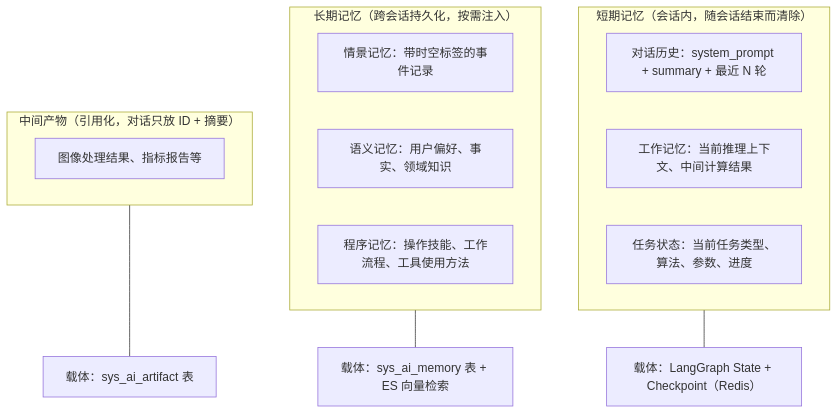
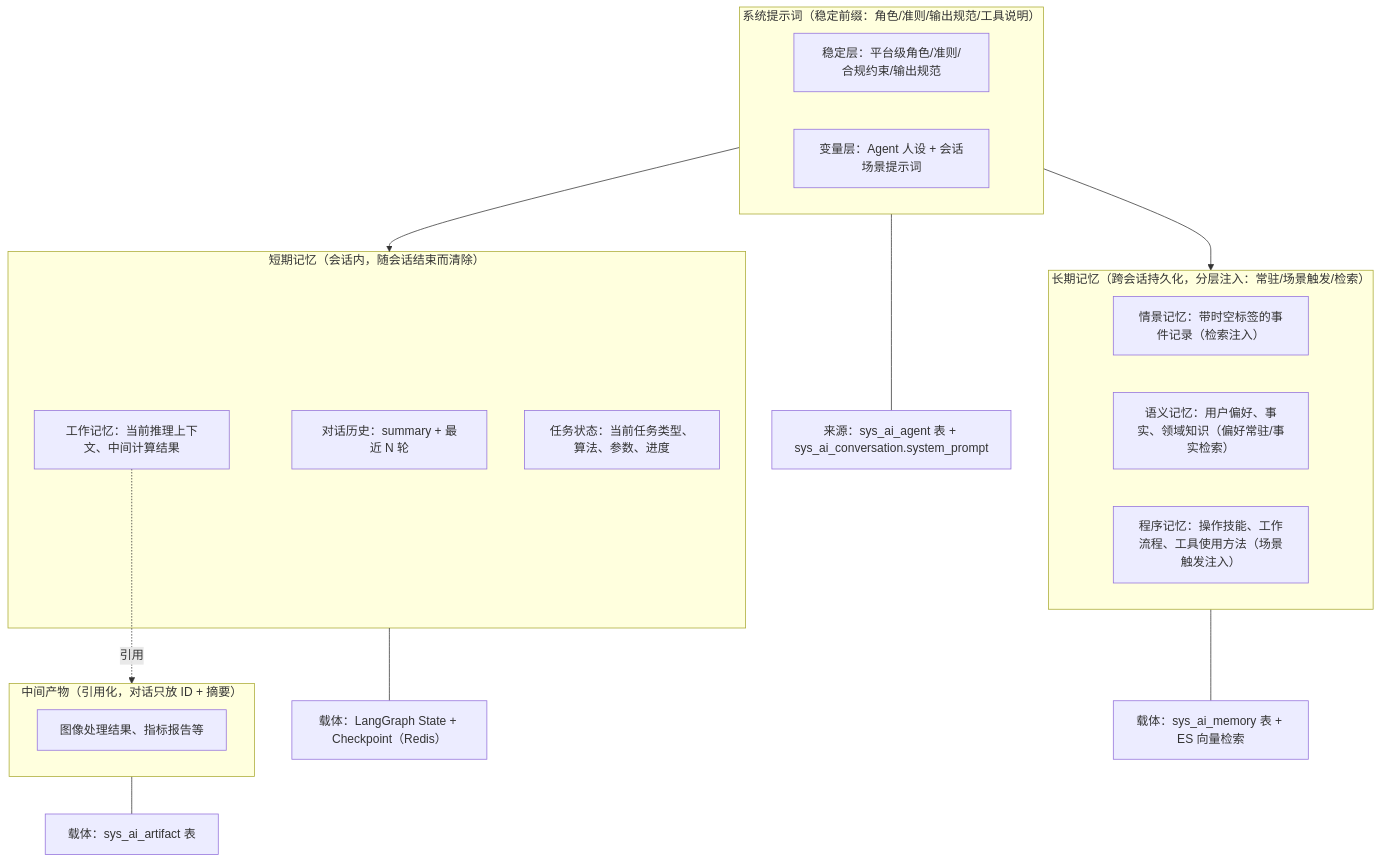
One commit to earthy-zinc/dehaze-system changed the diagram in dehaze-doc/docs/03-模块设计/核心模块/AI对话/后端实现-上下文管理.md. Above: the diagram before and after it, drawn with Mermaid. The commit also changed other lines of this file and 126 other files, not shown here.

````diff
--- a/dehaze-doc/docs/03-模块设计/核心模块/AI对话/后端实现-上下文管理.md
+++ b/dehaze-doc/docs/03-模块设计/核心模块/AI对话/后端实现-上下文管理.md
@@ -40,19 +78,27 @@
 ```mermaid
 flowchart TD
+    subgraph S0["系统提示词（稳定前缀：角色/准则/输出规范/工具说明）"]
+        D1["稳定层：平台级角色/准则/合规约束/输出规范"]
+        D2["变量层：Agent 人设 + 会话场景提示词"]
+    end
+    S0 --- D0["来源：sys_ai_agent 表 + sys_ai_conversation.system_prompt"]
+    S0 --> S1
+    S0 --> S2
     subgraph S1["短期记忆（会话内，随会话结束而清除）"]
-        A1["对话历史：system_prompt + summary + 最近 N 轮"]
+        A1["对话历史：summary + 最近 N 轮"]
         A2["工作记忆：当前推理上下文、中间计算结果"]
         A3["任务状态：当前任务类型、算法、参数、进度"]
     end
     S1 --- A0["载体：LangGraph State + Checkpoint（Redis）"]
-    subgraph S2["长期记忆（跨会话持久化，按需注入）"]
-        B1["情景记忆：带时空标签的事件记录"]
-        B2["语义记忆：用户偏好、事实、领域知识"]
-        B3["程序记忆：操作技能、工作流程、工具使用方法"]
+    subgraph S2["长期记忆（跨会话持久化，分层注入：常驻/场景触发/检索）"]
+        B1["情景记忆：带时空标签的事件记录（检索注入）"]
+        B2["语义记忆：用户偏好、事实、领域知识（偏好常驻/事实检索）"]
+        B3["程序记忆：操作技能、工作流程、工具使用方法（场景触发注入）"]
     end
     S2 --- B0["载体：sys_ai_memory 表 + ES 向量检索"]
     subgraph S3["中间产物（引用化，对话只放 ID + 摘要）"]
         C1["图像处理结果、指标报告等"]
     end
     S3 --- C0["载体：sys_ai_artifact 表"]
+    A2 -.引用.-> S3
 ```
````
